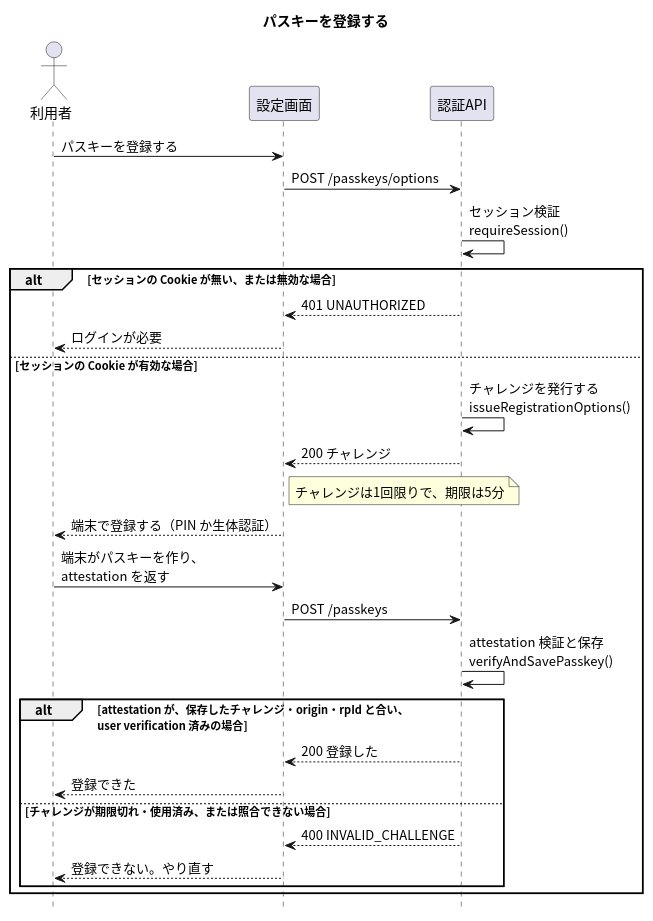
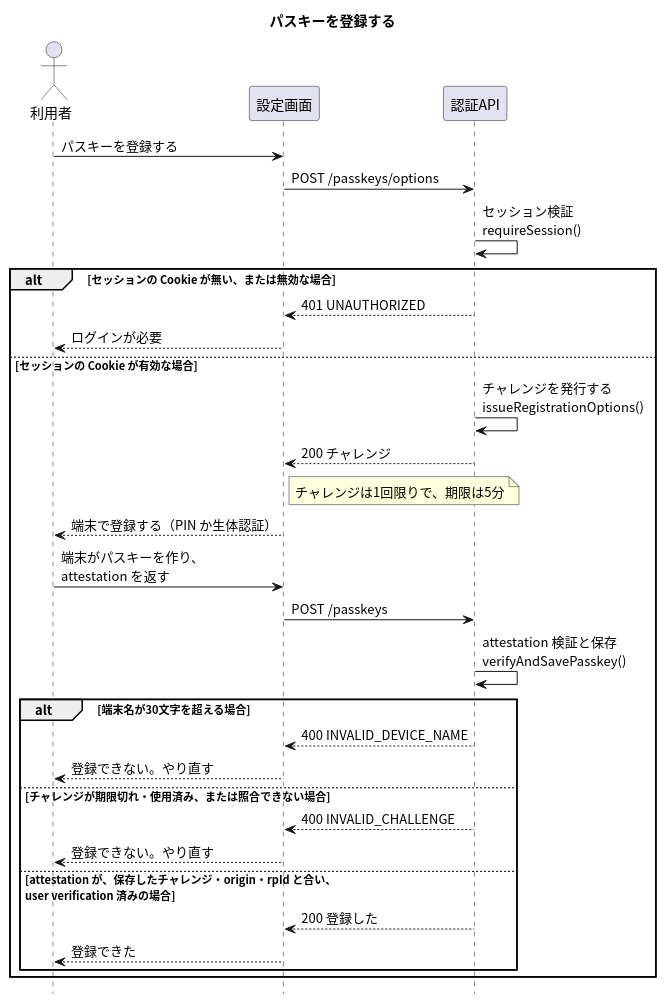
Before and after one commit to masamasamasato/design-doc-template: the diagram in apis/register-passkey/入口.puml, drawn with PlantUML. The commit also changed 6 other files, not shown here.

First line of the commit message:
パスキー登録の端末名上限から空の「（例：）」を外し、構成図と注文照合検証も直す

```diff
--- a/apis/register-passkey/入口.puml
+++ b/apis/register-passkey/入口.puml
@@ -1,35 +1,38 @@
 @startuml
 skinparam shadowing false
 skinparam defaultFontName "Noto Sans CJK JP"
 skinparam SequenceFontName "Noto Sans CJK JP"
 hide footbox
 
 title パスキーを登録する
 
 actor "利用者" as User
 participant "設定画面" as Screen
 participant "認証API" as API
 
 User -> Screen : パスキーを登録する
 Screen -> API : POST /passkeys/options
 API -> API : セッション検証\nrequireSession()
 alt セッションの Cookie が無い、または無効な場合
   API --> Screen : 401 UNAUTHORIZED
   Screen --> User : ログインが必要
 else セッションの Cookie が有効な場合
   API -> API : チャレンジを発行する\nissueRegistrationOptions()
   API --> Screen : 200 チャレンジ
   note right of Screen : チャレンジは1回限りで、期限は5分
   Screen --> User : 端末で登録する（PIN か生体認証）
   User -> Screen : 端末がパスキーを作り、\nattestation を返す
   Screen -> API : POST /passkeys
   API -> API : attestation 検証と保存\nverifyAndSavePasskey()
-  alt attestation が、保存したチャレンジ・origin・rpId と合い、\nuser verification 済みの場合
-    API --> Screen : 200 登録した
-    Screen --> User : 登録できた
+  alt 端末名が30文字を超える場合
+    API --> Screen : 400 INVALID_DEVICE_NAME
+    Screen --> User : 登録できない。やり直す
   else チャレンジが期限切れ・使用済み、または照合できない場合
     API --> Screen : 400 INVALID_CHALLENGE
     Screen --> User : 登録できない。やり直す
+  else attestation が、保存したチャレンジ・origin・rpId と合い、\nuser verification 済みの場合
+    API --> Screen : 200 登録した
+    Screen --> User : 登録できた
   end
 end
 @enduml
```
